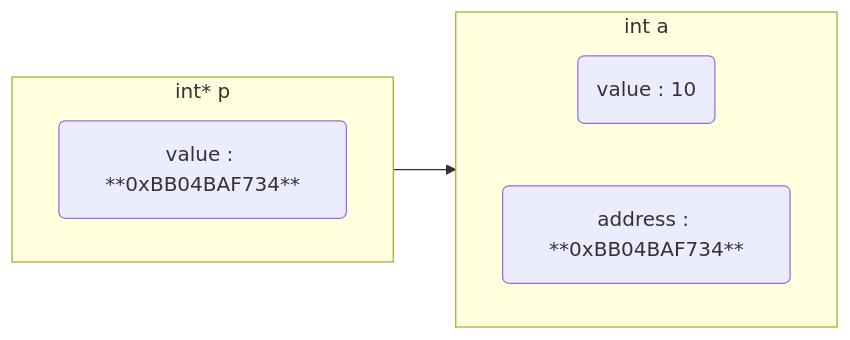
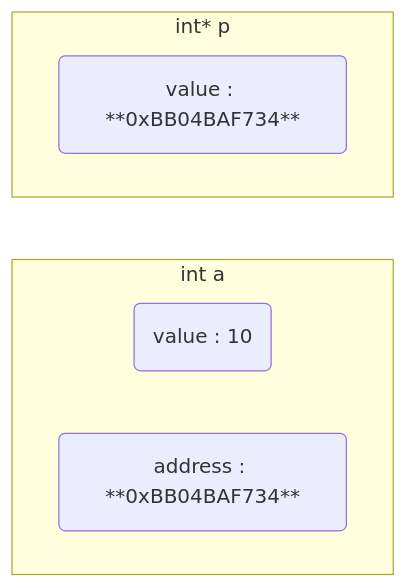
The first of 5 diagrams in Language/C&C++/Pointer/2022-01-08-指针.md (dmjcb/SelfBlog), drawn with Mermaid before and after one commit. The commit also changed other lines of this file and 224 other files, not shown here.

````diff
--- a/Language/C&C++/Pointer/2022-01-08-指针.md
+++ b/Language/C&C++/Pointer/2022-01-08-指针.md
@@ -44,15 +44,14 @@
 ```mermaid
 graph LR;
     subgraph S1[int a]
         direction LR
         V2(value : 10)
         A2(address : **0xBB04BAF734**)
     end
 
     subgraph S2[int* p]
         direction LR
         V1(value : **0xBB04BAF734**)
     end
 
-    V1-->A2
 ```
````
